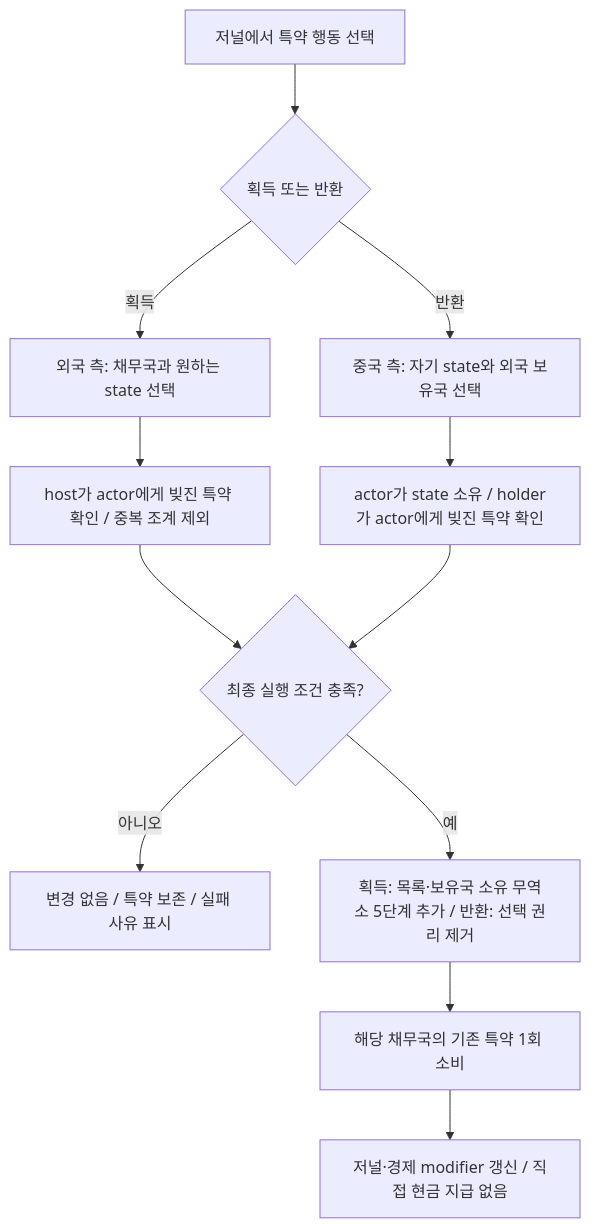
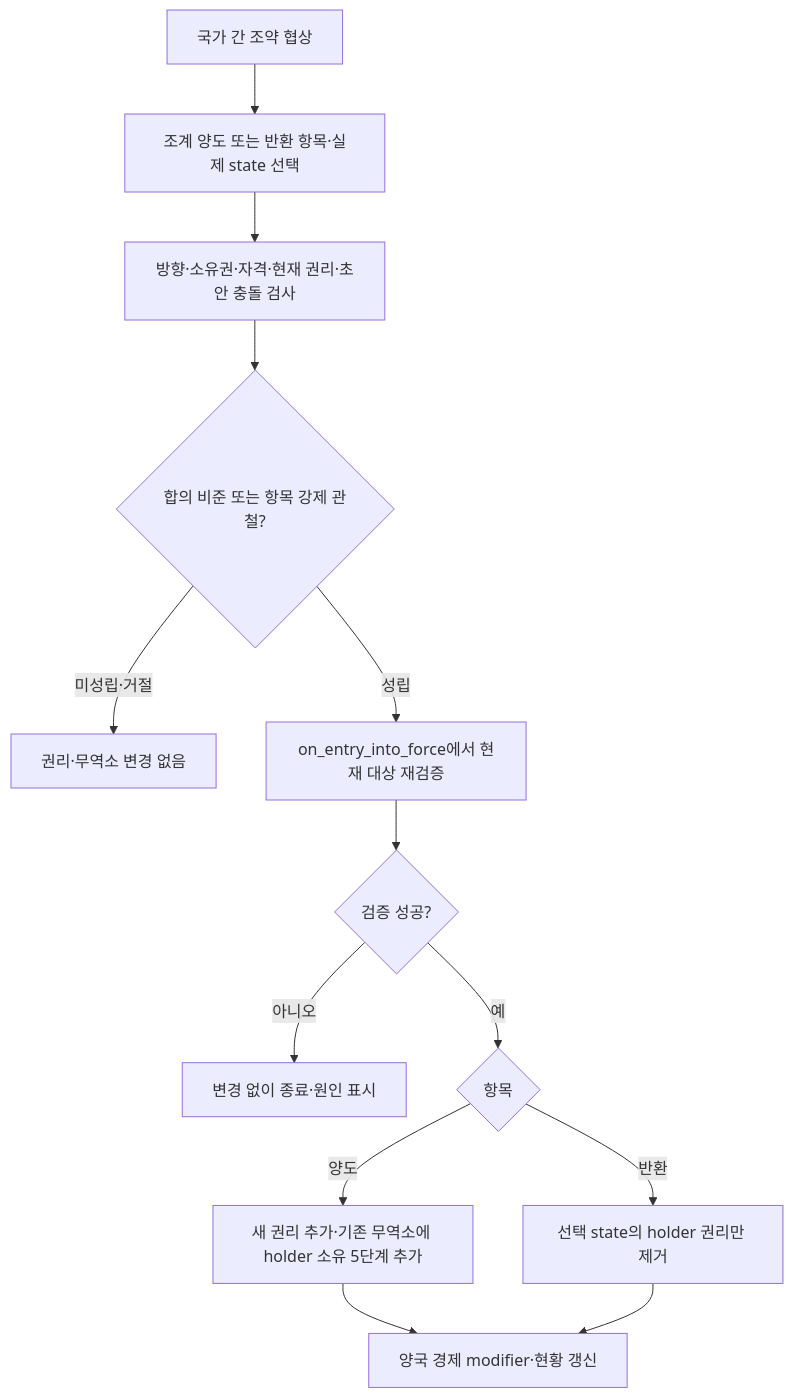
Before and after one commit to East-Asia-Flavor-Pack/East-Asia-Flavor-Pack: the second of 4 diagrams in documentation/china_concessions_design_plan.md, drawn with Mermaid. The commit also changed other lines of this file and 20 other files, not shown here.

````diff
--- a/documentation/china_concessions_design_plan.md
+++ b/documentation/china_concessions_design_plan.md
@@ -119,14 +128,15 @@
 ```mermaid
 flowchart TD
-    A["저널에서 특약 행동 선택"] --> B{"획득 또는 반환"}
-    B -->|획득| C["외국 측: 채무국과 원하는 state 선택"]
-    B -->|반환| D["중국 측: 자기 state와 외국 보유국 선택"]
-    C --> E["host가 actor에게 빚진 특약 확인 / 중복 조계 제외"]
-    D --> F["actor가 state 소유 / holder가 actor에게 빚진 특약 확인"]
-    E --> G{"최종 실행 조건 충족?"}
-    F --> G
-    G -->|아니오| H["변경 없음 / 특약 보존 / 실패 사유 표시"]
-    G -->|예| I["획득: 목록·보유국 소유 무역소 5단계 추가 / 반환: 선택 권리 제거"]
-    I --> J["해당 채무국의 기존 특약 1회 소비"]
-    J --> K["저널·경제 modifier 갱신 / 직접 현금 지급 없음"]
+    A["국가 간 조약 협상"] --> B["조계 양도 또는 반환 항목·실제 state 선택"]
+    B --> C["방향·소유권·자격·현재 권리·초안 충돌 검사"]
+    C --> D{"합의 비준 또는 항목 강제 관철?"}
+    D -->|미성립·거절| E["권리·무역소 변경 없음"]
+    D -->|성립| F["on_entry_into_force에서 현재 대상 재검증"]
+    F --> G{"검증 성공?"}
+    G -->|아니오| H["변경 없이 종료·원인 표시"]
+    G -->|예| I{"항목"}
+    I -->|양도| J["새 권리 추가·기존 무역소에 holder 소유 5단계 추가"]
+    I -->|반환| K["선택 state의 holder 권리만 제거"]
+    J --> L["양국 경제 modifier·현황 갱신"]
+    K --> L
 ```
````
